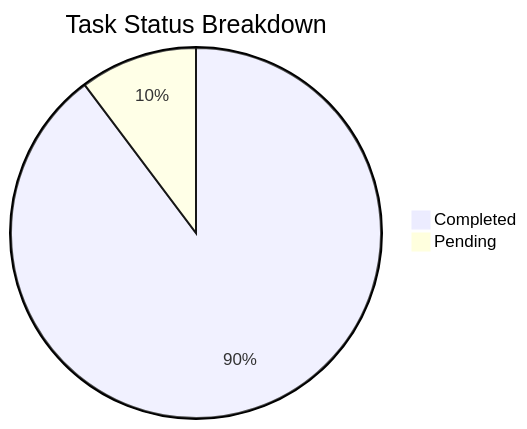
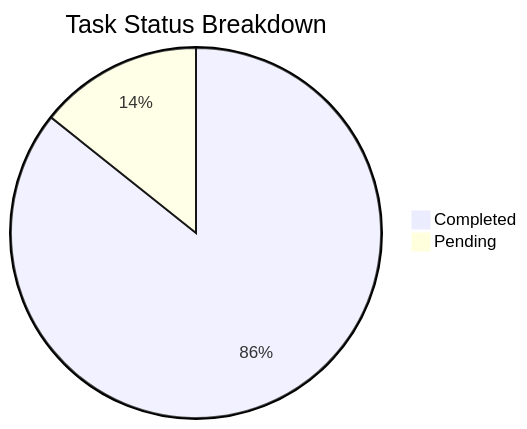
The first of 2 diagrams in Sanchay/Analytics.md (sagarms97/MyWorkDairy), drawn with Mermaid before and after one commit. The commit also changed other lines of this file and 6 other files, not shown here.

````diff
--- a/Sanchay/Analytics.md
+++ b/Sanchay/Analytics.md
@@ -12,5 +12,5 @@
 ```mermaid
 pie title Task Status Breakdown
-    "Completed" : 35
-    "Pending" : 4
+    "Completed" : 36
+    "Pending" : 6
 ```
````
